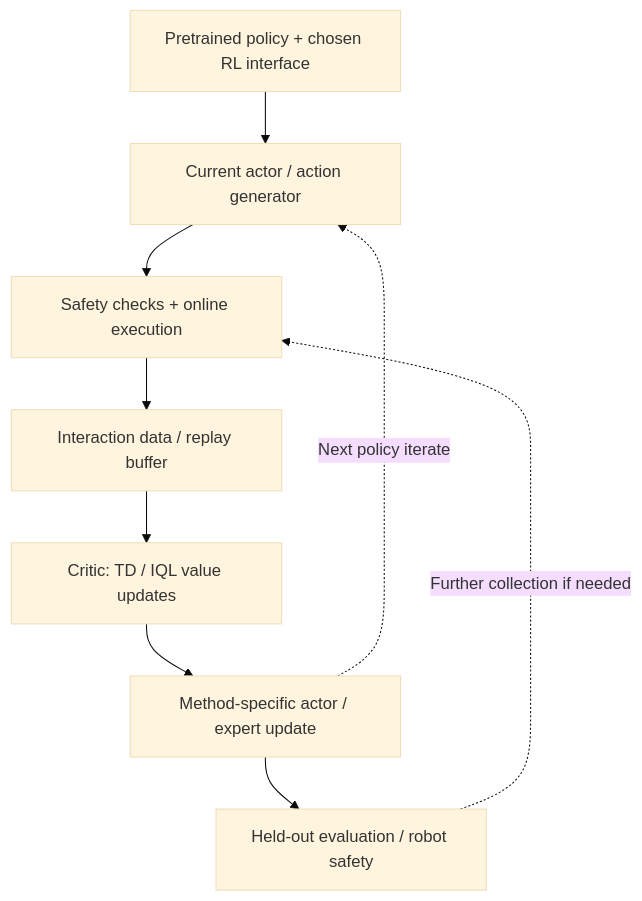
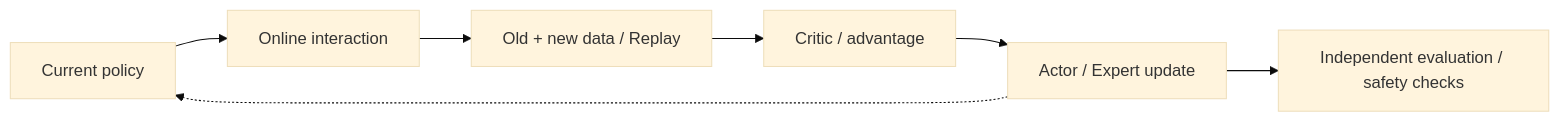
The fourth of 5 diagrams in md/RL_Post_Training_EN.md (zengxiong111/Foundation_of_Embodied_AI), drawn with Mermaid (base theme) before and after one commit. The commit also changed other lines of this file and 6 other files, not shown here.

````diff
--- a/md/RL_Post_Training_EN.md
+++ b/md/RL_Post_Training_EN.md
@@ -186,12 +169,10 @@
 ```mermaid
 %% FIG: offpolicy
-flowchart TB
-  P["Pretrained policy + chosen RL interface"] --> A["Current actor / action generator"]
-  A --> X["Safety checks + online execution"]
-  X --> D["Interaction data / replay buffer"]
-  D --> Q["Critic: TD / IQL value updates"]
-  Q --> U["Method-specific actor / expert update"]
-  U -.->|Next policy iterate| A
-  U --> V["Held-out evaluation / robot safety"]
-  V -.->|Further collection if needed| X
+flowchart LR
+  A["Current policy"] --> R["Online interaction"]
+  R --> D["Old + new data / Replay"]
+  D --> Q["Critic / advantage"]
+  Q --> U["Actor / Expert update"]
+  U -.-> A
+  U --> E["Independent evaluation / safety checks"]
 ```
````
